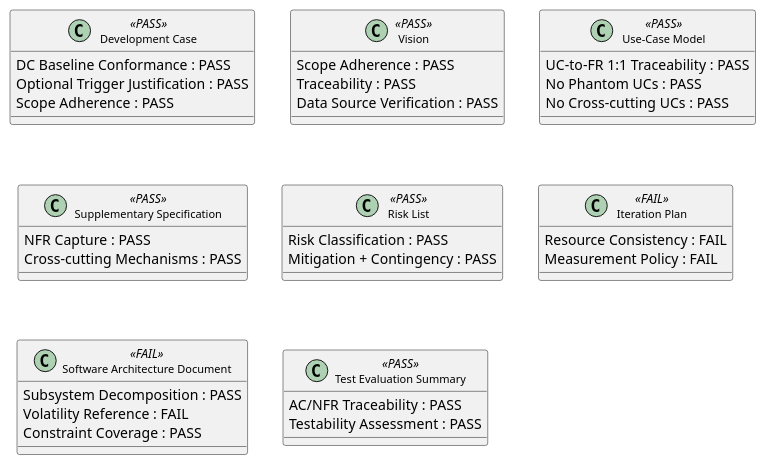
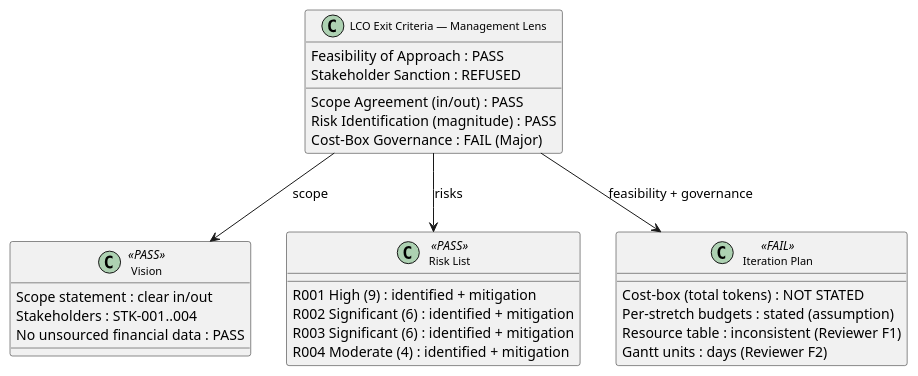
The first of 3 diagrams in docs/artifacts/project-management/review-record.md (banense-test/portal), drawn with PlantUML before and after one commit. The commit also changed other lines of this file, not shown here.

First line of the commit message:
Management Reviewer [I1]: upsert Review Record

````diff
--- a/docs/artifacts/project-management/review-record.md
+++ b/docs/artifacts/project-management/review-record.md
@@ -37,50 +20,38 @@
 ```plantuml
 @startuml
 skinparam classAttributeIconSize 0
 skinparam classFontSize 11
 
-class "Development Case" as DC <<PASS>> {
-  DC Baseline Conformance : PASS
-  Optional Trigger Justification : PASS
-  Scope Adherence : PASS
+class "LCO Exit Criteria — Management Lens" as LCO {
+  Scope Agreement (in/out) : PASS
+  Risk Identification (magnitude) : PASS
+  Feasibility of Approach : PASS
+  Cost-Box Governance : FAIL (Major)
+  Stakeholder Sanction : REFUSED
 }
 
 class "Vision" as V <<PASS>> {
-  Scope Adherence : PASS
-  Traceability : PASS
-  Data Source Verification : PASS
-}
-
-class "Use-Case Model" as UCM <<PASS>> {
-  UC-to-FR 1:1 Traceability : PASS
-  No Phantom UCs : PASS
-  No Cross-cutting UCs : PASS
-}
-
-class "Supplementary Specification" as SS <<PASS>> {
-  NFR Capture : PASS
-  Cross-cutting Mechanisms : PASS
+  Scope statement : clear in/out
+  Stakeholders : STK-001..004
+  No unsourced financial data : PASS
 }
 
 class "Risk List" as RL <<PASS>> {
-  Risk Classification : PASS
-  Mitigation + Contingency : PASS
+  R001 High (9) : identified + mitigation
+  R002 Significant (6) : identified + mitigation
+  R003 Significant (6) : identified + mitigation
+  R004 Moderate (4) : identified + mitigation
 }
 
 class "Iteration Plan" as IP <<FAIL>> {
-  Resource Consistency : FAIL
-  Measurement Policy : FAIL
+  Cost-box (total tokens) : NOT STATED
+  Per-stretch budgets : stated (assumption)
+  Resource table : inconsistent (Reviewer F1)
+  Gantt units : days (Reviewer F2)
 }
 
-class "Software Architecture Document" as SAD <<FAIL>> {
-  Subsystem Decomposition : PASS
-  Volatility Reference : FAIL
-  Constraint Coverage : PASS
-}
-
-class "Test Evaluation Summary" as TES <<PASS>> {
-  AC/NFR Traceability : PASS
-  Testability Assessment : PASS
-}
+LCO --> V : scope
+LCO --> RL : risks
+LCO --> IP : feasibility + governance
 @enduml
 ```
````
